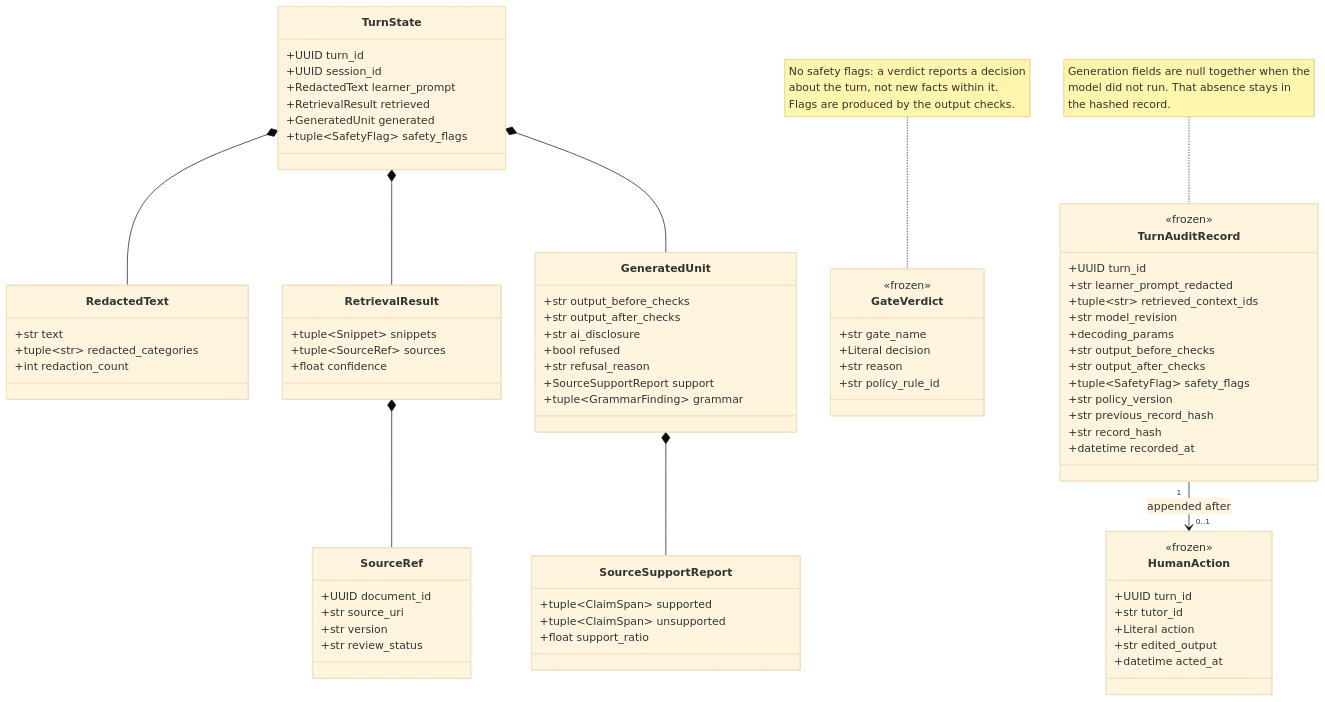
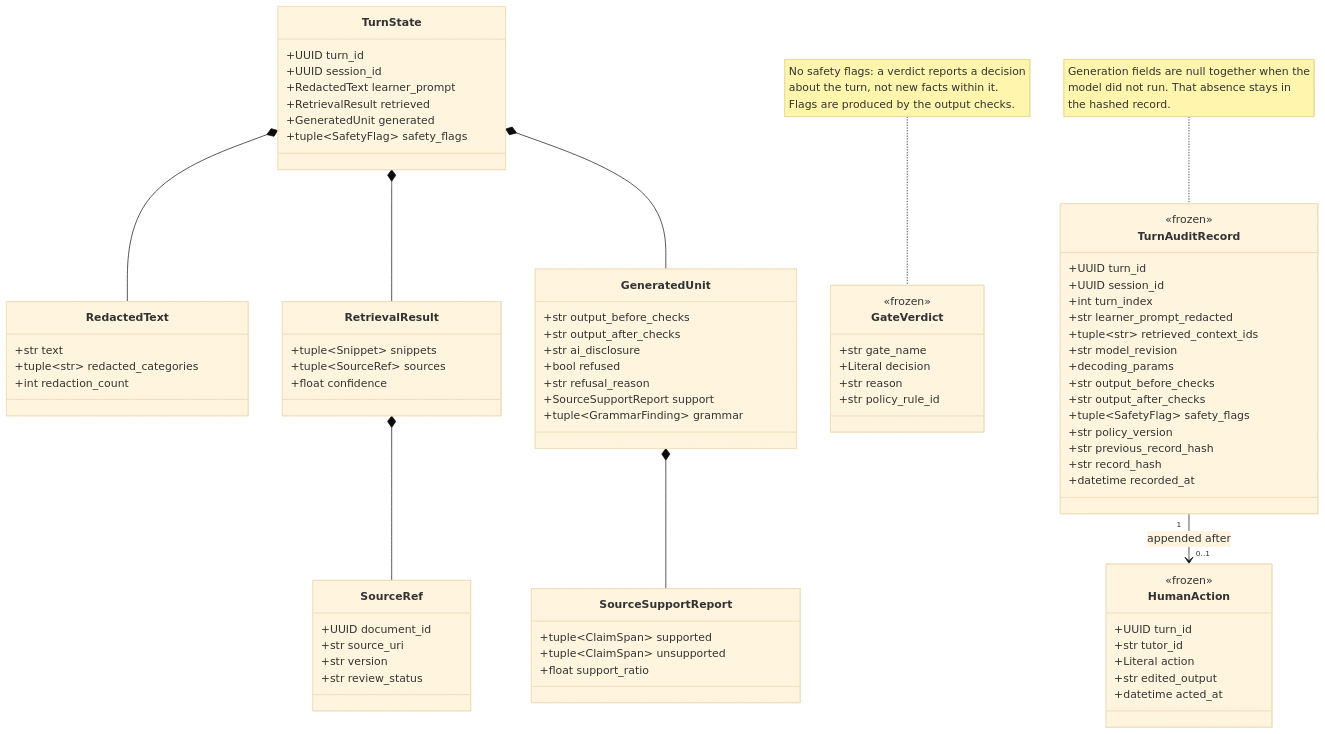
One commit to basiliofarach/two-agent-orchestration-language-learning changed the sixth of 11 diagrams in docs/architecture/ARCHITECTURE.md. Above: the diagram before and after it, drawn with Mermaid (base theme). The commit also changed other lines of this file and 23 other files, not shown here.

Commit message:
(BAS-11): enhance audit schema with session tracking and chain verification

```diff
--- a/docs/architecture/ARCHITECTURE.md
+++ b/docs/architecture/ARCHITECTURE.md
@@ -436,6 +438,8 @@
     class TurnAuditRecord {
         <<frozen>>
         +UUID turn_id
+        +UUID session_id
+        +int turn_index
         +str learner_prompt_redacted
         +tuple~str~ retrieved_context_ids
         +str model_revision
```
